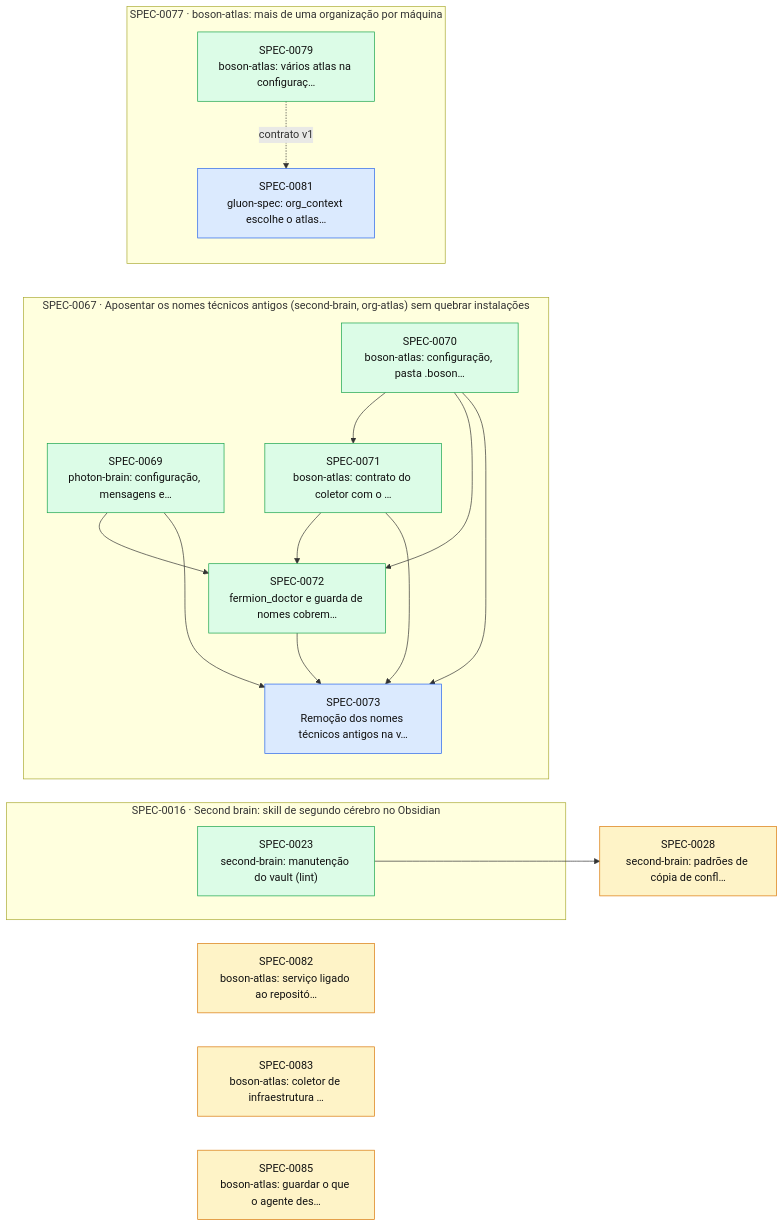
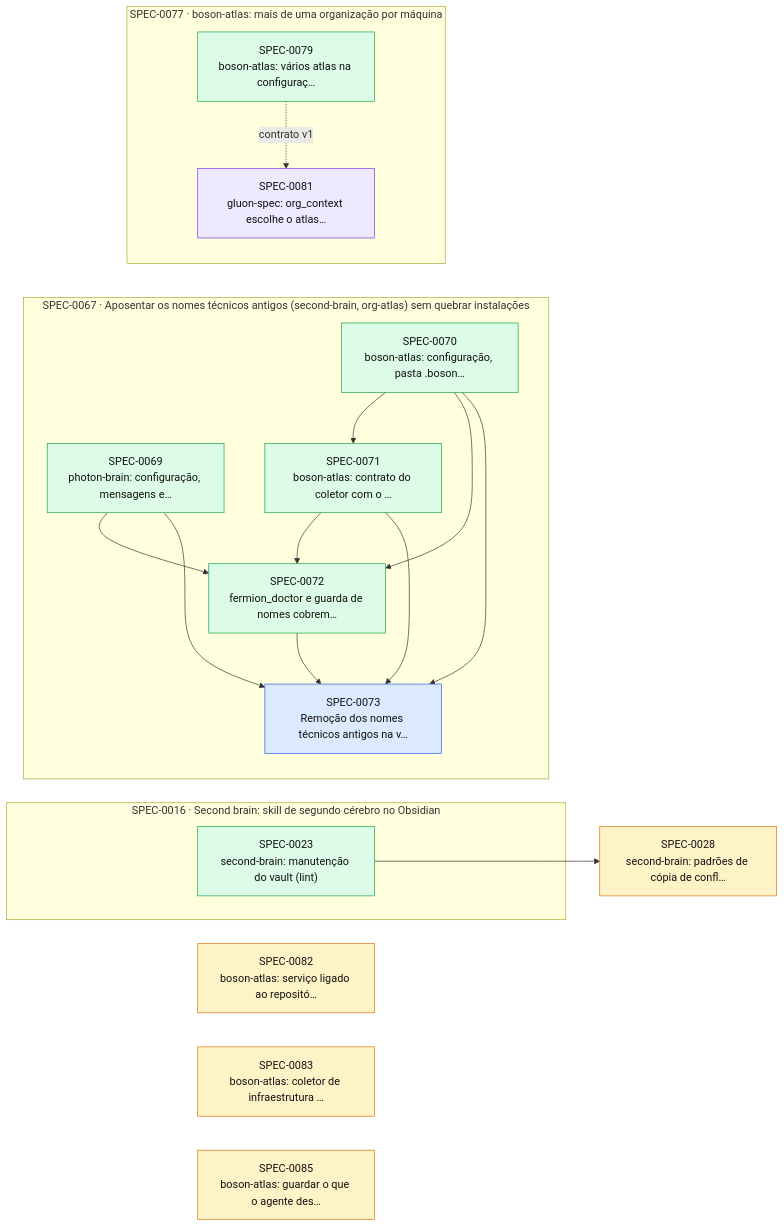
Before and after one commit to thomasravache/ai-dev-brain: the diagram in docs/specs/INDEX.md, drawn with Mermaid. The commit also changed other lines of this file and 1 other file, not shown here.

First line of the commit message:
docs(specs): planeja a SPEC-0081

````diff
--- a/docs/specs/INDEX.md
+++ b/docs/specs/INDEX.md
@@ -65,36 +65,36 @@
 ```mermaid
 flowchart LR
   S0028["SPEC-0028<br/>second-brain: padrões de cópia de confl…"]:::proposed
   S0082["SPEC-0082<br/>boson-atlas: serviço ligado ao repositó…"]:::proposed
   S0083["SPEC-0083<br/>boson-atlas: coletor de infraestrutura …"]:::proposed
   S0085["SPEC-0085<br/>boson-atlas: guardar o que o agente des…"]:::proposed
   subgraph E0016["SPEC-0016 · Second brain: skill de segundo cérebro no Obsidian"]
     S0023["SPEC-0023<br/>second-brain: manutenção do vault (lint)"]:::implemented
   end
   subgraph E0067["SPEC-0067 · Aposentar os nomes técnicos antigos (second-brain, org-atlas) sem quebrar instalações"]
     S0069["SPEC-0069<br/>photon-brain: configuração, mensagens e…"]:::implemented
     S0070["SPEC-0070<br/>boson-atlas: configuração, pasta .boson…"]:::implemented
     S0071["SPEC-0071<br/>boson-atlas: contrato do coletor com o …"]:::implemented
     S0072["SPEC-0072<br/>fermion_doctor e guarda de nomes cobrem…"]:::implemented
     S0073["SPEC-0073<br/>Remoção dos nomes técnicos antigos na v…"]:::approved
   end
   subgraph E0077["SPEC-0077 · boson-atlas: mais de uma organização por máquina"]
     S0079["SPEC-0079<br/>boson-atlas: vários atlas na configuraç…"]:::implemented
-    S0081["SPEC-0081<br/>gluon-spec: org_context escolhe o atlas…"]:::approved
+    S0081["SPEC-0081<br/>gluon-spec: org_context escolhe o atlas…"]:::inprogress
   end
   S0023 --> S0028
   S0070 --> S0071
   S0069 --> S0072
   S0070 --> S0072
   S0071 --> S0072
   S0069 --> S0073
   S0070 --> S0073
   S0071 --> S0073
   S0072 --> S0073
   S0079 -. contrato v1 .-> S0081
   classDef proposed fill:#fef3c7,stroke:#d97706,color:#111
   classDef approved fill:#dbeafe,stroke:#2563eb,color:#111
   classDef inprogress fill:#ede9fe,stroke:#7c3aed,color:#111
   classDef implemented fill:#dcfce7,stroke:#16a34a,color:#111
   classDef deprecated fill:#f3f4f6,stroke:#9ca3af,color:#6b7280
 ```
````
